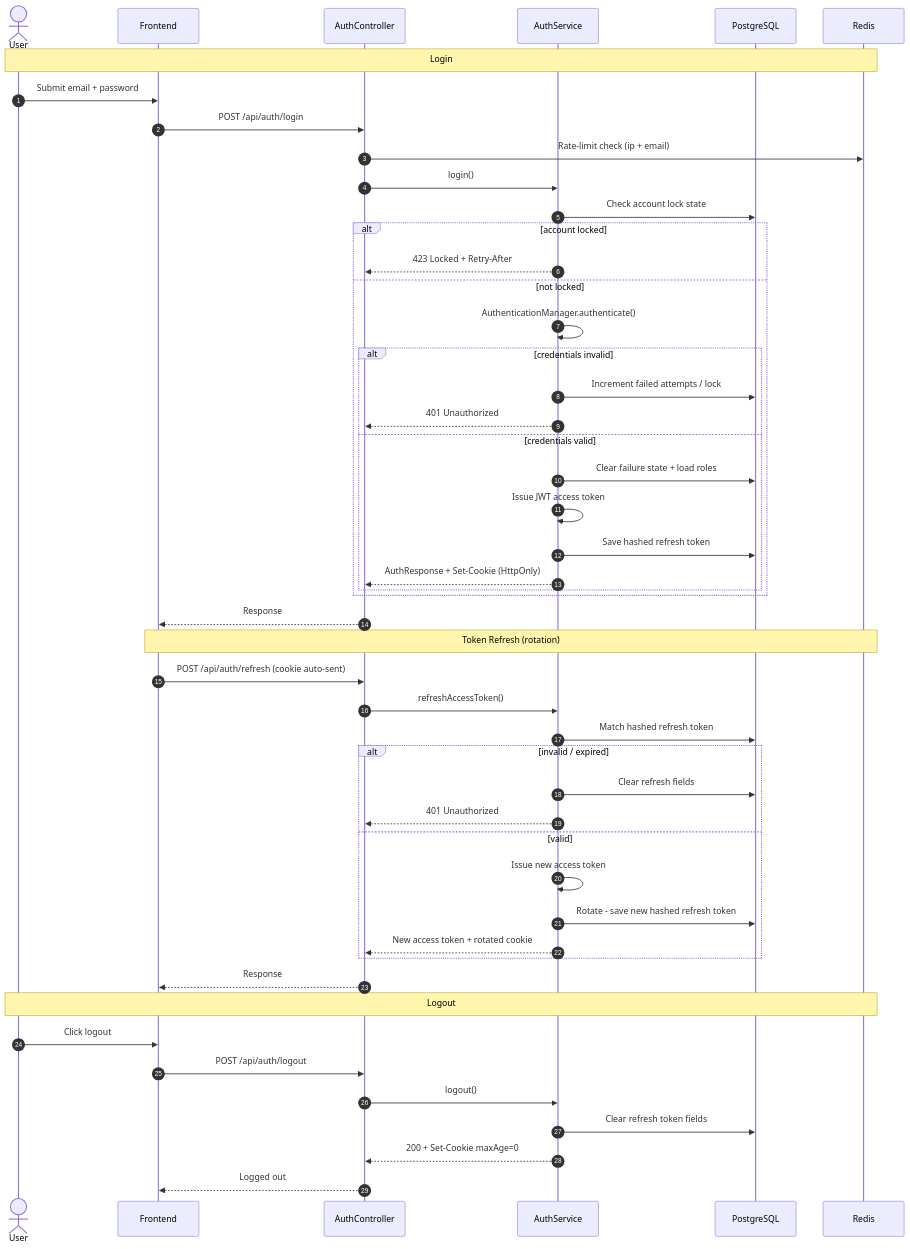
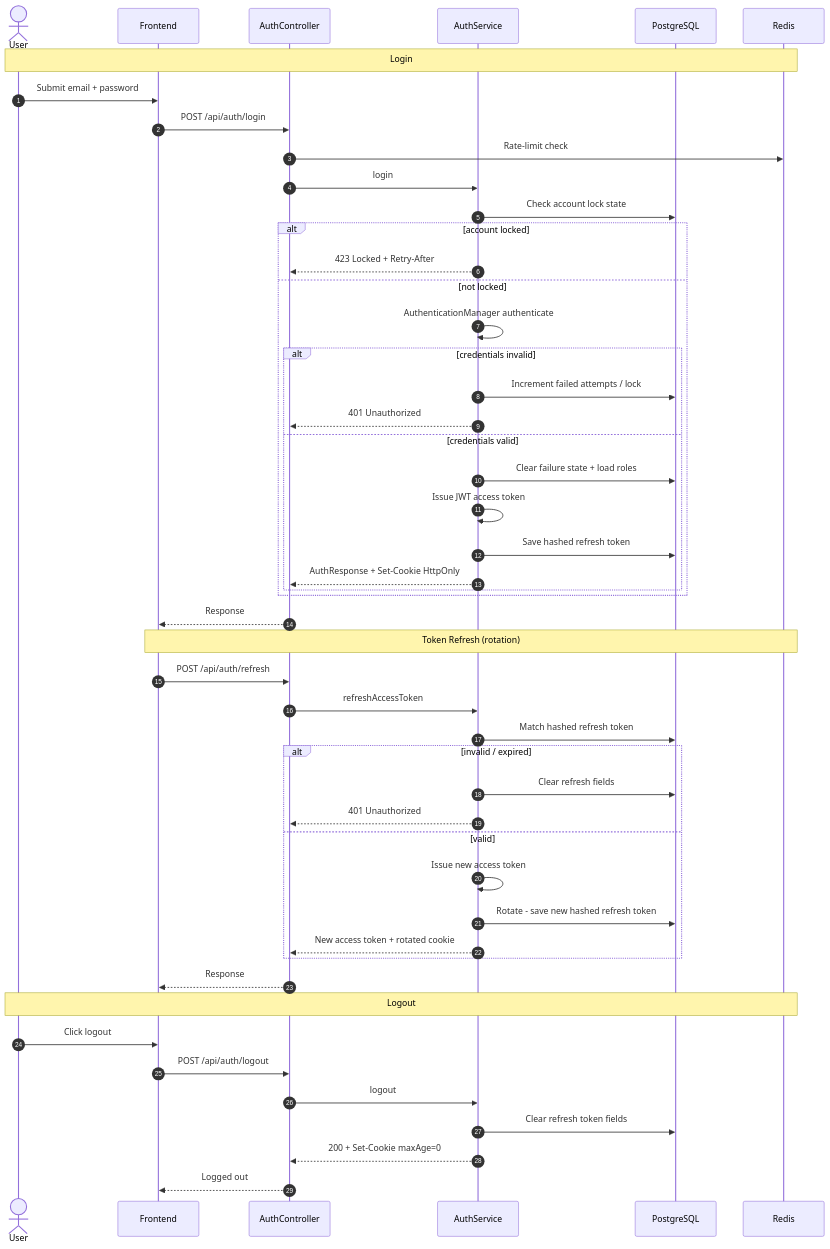
Before and after one commit to himanshugupta91/Full-Stack-Authentication-System: the seventh of 12 diagrams in README.md, drawn with Mermaid. The commit also changed other lines of this file, not shown here.

Commit message:
Fix all mermaid diagrams: remove special chars, parentheses, quotes, and Unicode from labels

````diff
--- a/README.md
+++ b/README.md
@@ -332,54 +332,54 @@
 ```mermaid
 sequenceDiagram
     autonumber
     actor User
     participant FE as Frontend
     participant API as AuthController
     participant SVC as AuthService
     participant DB as PostgreSQL
     participant REDIS as Redis
 
     Note over User,REDIS: Login
     User->>FE: Submit email + password
     FE->>API: POST /api/auth/login
-    API->>REDIS: Rate-limit check (ip + email)
-    API->>SVC: login()
+    API->>REDIS: Rate-limit check
+    API->>SVC: login
     SVC->>DB: Check account lock state
     alt account locked
         SVC-->>API: 423 Locked + Retry-After
     else not locked
-        SVC->>SVC: AuthenticationManager.authenticate()
+        SVC->>SVC: AuthenticationManager authenticate
         alt credentials invalid
             SVC->>DB: Increment failed attempts / lock
             SVC-->>API: 401 Unauthorized
         else credentials valid
             SVC->>DB: Clear failure state + load roles
             SVC->>SVC: Issue JWT access token
             SVC->>DB: Save hashed refresh token
-            SVC-->>API: AuthResponse + Set-Cookie (HttpOnly)
+            SVC-->>API: AuthResponse + Set-Cookie HttpOnly
         end
     end
     API-->>FE: Response
 
     Note over FE,REDIS: Token Refresh (rotation)
-    FE->>API: POST /api/auth/refresh (cookie auto-sent)
-    API->>SVC: refreshAccessToken()
+    FE->>API: POST /api/auth/refresh
+    API->>SVC: refreshAccessToken
     SVC->>DB: Match hashed refresh token
     alt invalid / expired
         SVC->>DB: Clear refresh fields
         SVC-->>API: 401 Unauthorized
     else valid
         SVC->>SVC: Issue new access token
         SVC->>DB: Rotate - save new hashed refresh token
         SVC-->>API: New access token + rotated cookie
     end
     API-->>FE: Response
 
     Note over User,REDIS: Logout
     User->>FE: Click logout
     FE->>API: POST /api/auth/logout
-    API->>SVC: logout()
+    API->>SVC: logout
     SVC->>DB: Clear refresh token fields
     SVC-->>API: 200 + Set-Cookie maxAge=0
     API-->>FE: Logged out
 ```
````
